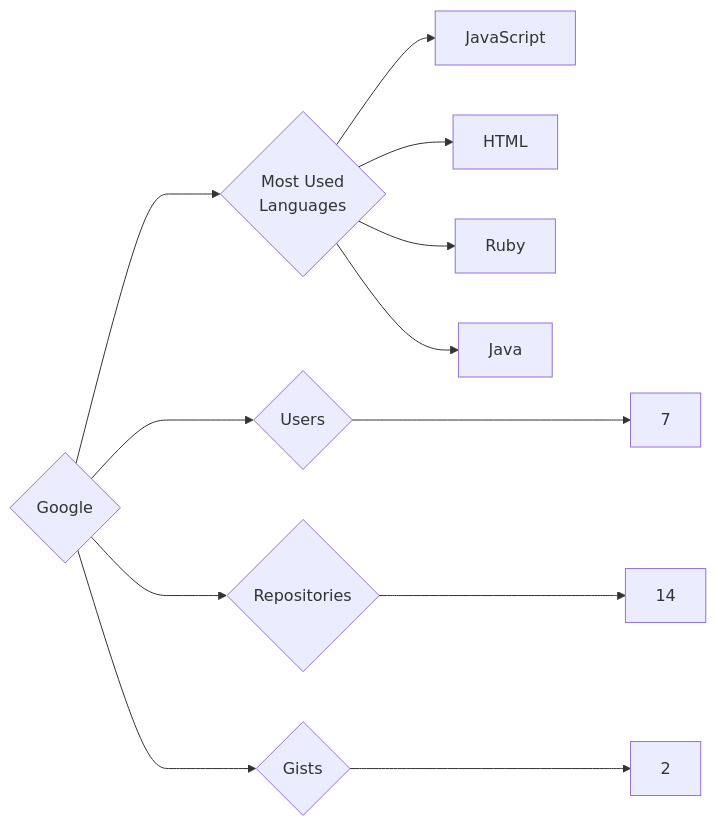
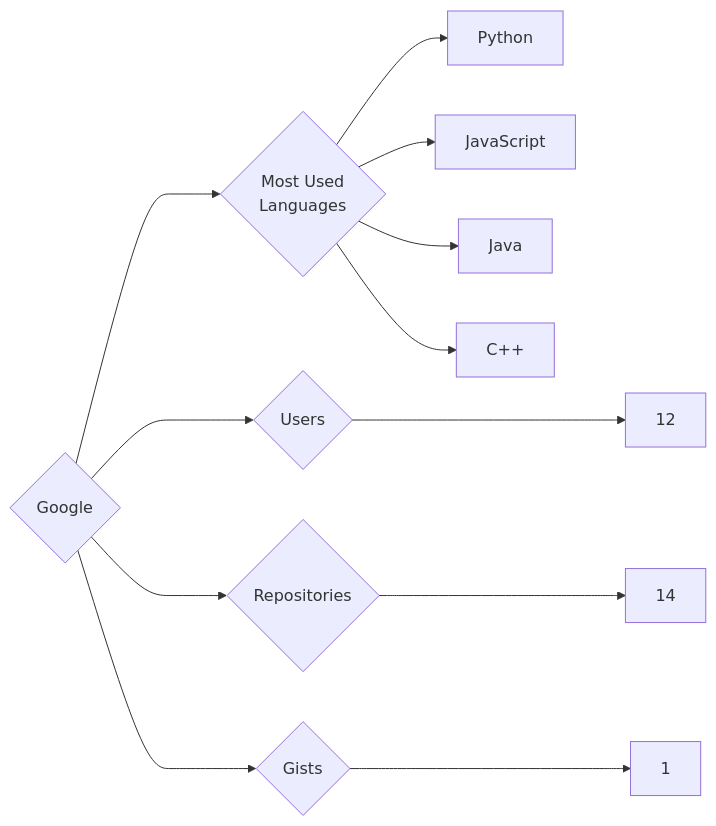
Before and after one commit to trickest/insiders: the diagram in targets/Google/README.md, drawn with Mermaid. The commit also changed 1036 other files, not shown here.

````diff
--- a/targets/Google/README.md
+++ b/targets/Google/README.md
@@ -3,12 +3,12 @@
 ```mermaid
 graph LR
 COMPANY_NAME{Google}
-COMPANY_NAME ---> U{Users} ---> UN[7]
+COMPANY_NAME ---> U{Users} ---> UN[12]
 COMPANY_NAME ---> R{Repositories} ---> RN[14]
-COMPANY_NAME ---> G{Gists} ---> GN[2]
+COMPANY_NAME ---> G{Gists} ---> GN[1]
 COMPANY_NAME ---> ML{Most Used<br>Languages}
+ML --> Python[Python]
 ML --> JavaScript[JavaScript]
-ML --> HTML[HTML]
-ML --> Ruby[Ruby]
 ML --> Java[Java]
+ML --> C++[C++]
 ```
````
